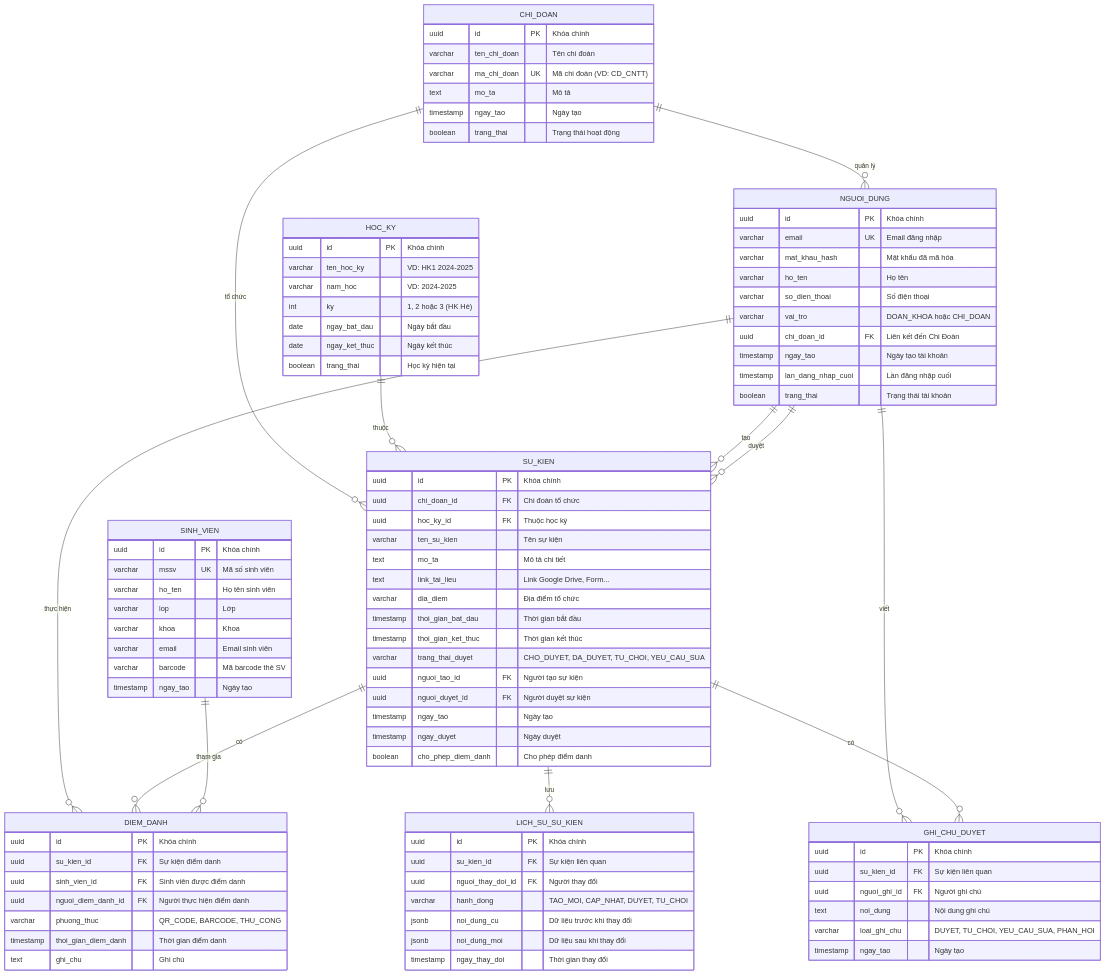
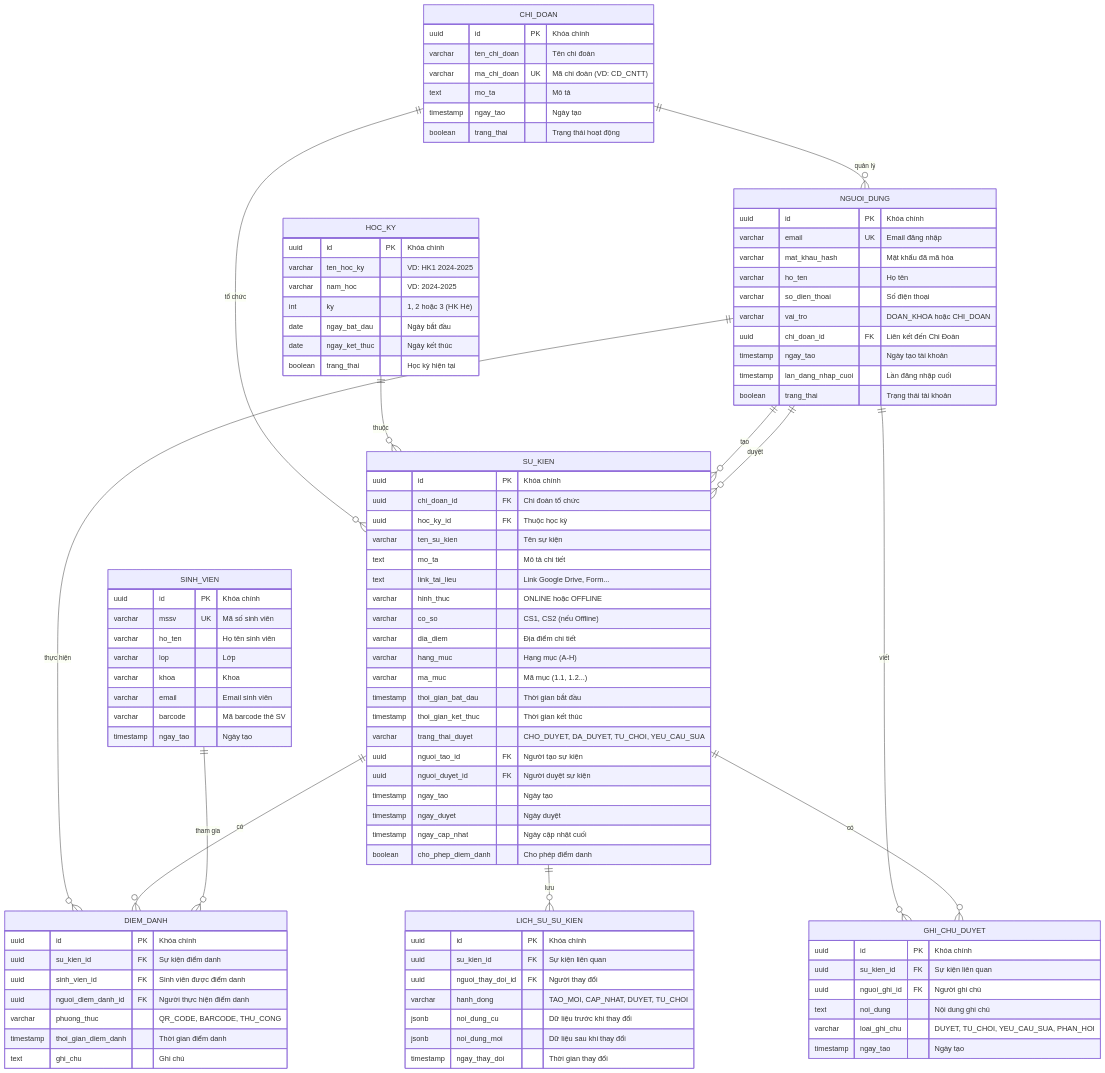
One commit to Phong12HexDockwork/DoanKhoaProject- changed the first of 2 diagrams in docs/database_schema.md. Above: the diagram before and after it, drawn with Mermaid. The commit also changed other lines of this file and 5 other files, not shown here.

Commit message:
docs: Thêm thư mục docs (BRD, FRS, Database Schema, Abstract)

```diff
--- a/docs/database_schema.md
+++ b/docs/database_schema.md
@@ -55,7 +55,11 @@
         varchar ten_su_kien "Tên sự kiện"
         text mo_ta "Mô tả chi tiết"
         text link_tai_lieu "Link Google Drive, Form..."
-        varchar dia_diem "Địa điểm tổ chức"
+        varchar hinh_thuc "ONLINE hoặc OFFLINE"
+        varchar co_so "CS1, CS2 (nếu Offline)"
+        varchar dia_diem "Địa điểm chi tiết"
+        varchar hang_muc "Hạng mục (A-H)"
+        varchar ma_muc "Mã mục (1.1, 1.2...)"
         timestamp thoi_gian_bat_dau "Thời gian bắt đầu"
         timestamp thoi_gian_ket_thuc "Thời gian kết thúc"
         varchar trang_thai_duyet "CHO_DUYET, DA_DUYET, TU_CHOI, YEU_CAU_SUA"
@@ -63,6 +67,7 @@
         uuid nguoi_duyet_id FK "Người duyệt sự kiện"
         timestamp ngay_tao "Ngày tạo"
         timestamp ngay_duyet "Ngày duyệt"
+        timestamp ngay_cap_nhat "Ngày cập nhật cuối"
         boolean cho_phep_diem_danh "Cho phép điểm danh"
     }
 
```
